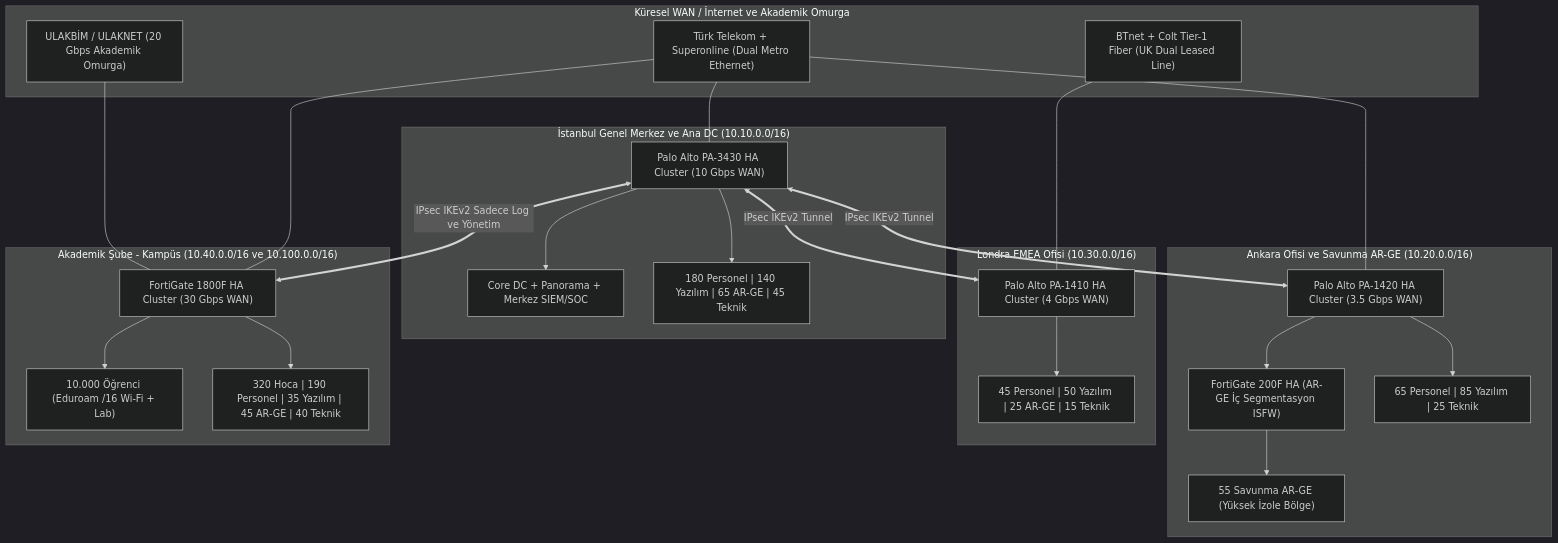
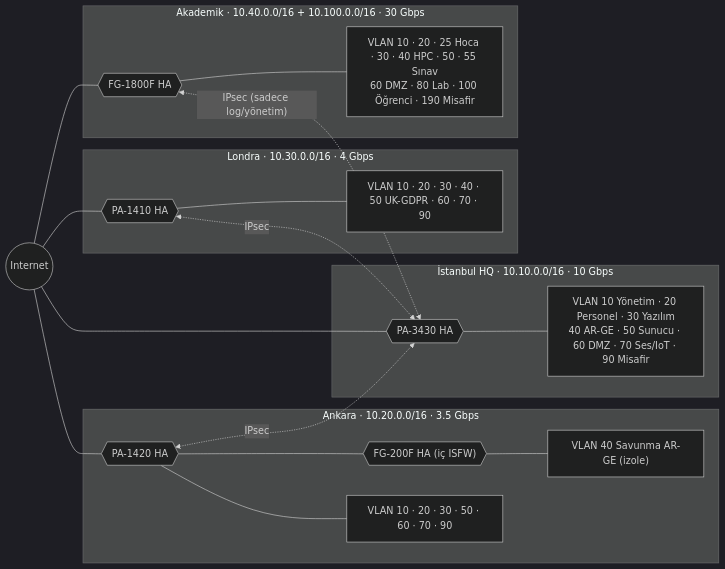
One commit to kkaanozturk/firewall-dev changed the first of 2 diagrams in README.md. Above: the diagram before and after it, drawn with Mermaid (dark theme). The commit also changed other lines of this file and 3 other files, not shown here.

````diff
--- a/README.md
+++ b/README.md
@@ -38,50 +23,31 @@
 ```mermaid
-flowchart TB
-    subgraph WAN["Küresel WAN / İnternet ve Akademik Omurga"]
-        ISP_TR["Türk Telekom + Superonline (Dual Metro Ethernet)"]
-        ISP_UK["BTnet + Colt Tier-1 Fiber (UK Dual Leased Line)"]
-        ULAK["ULAKBİM / ULAKNET (20 Gbps Akademik Omurga)"]
+flowchart LR
+    NET((Internet))
+    subgraph IST["İstanbul HQ · 10.10.0.0/16 · 10 Gbps"]
+        ISTFW{{"PA-3430 HA"}}
+        ISTV["VLAN 10 Yönetim · 20 Personel · 30 Yazılım<br/>40 AR-GE · 50 Sunucu · 60 DMZ · 70 Ses/IoT · 90 Misafir"]
+        ISTFW --- ISTV
     end
-
-    subgraph IST["İstanbul Genel Merkez ve Ana DC (10.10.0.0/16)"]
-        FW_IST["Palo Alto PA-3430 HA Cluster (10 Gbps WAN)"]
-        DC_IST["Core DC + Panorama + Merkez SIEM/SOC"]
-        TEAM_IST["180 Personel | 140 Yazılım | 65 AR-GE | 45 Teknik"]
-        FW_IST --> DC_IST
-        FW_IST --> TEAM_IST
+    subgraph ANK["Ankara · 10.20.0.0/16 · 3.5 Gbps"]
+        ANKFW{{"PA-1420 HA"}}
+        ISFW{{"FG-200F HA (iç ISFW)"}}
+        ANKV["VLAN 10 · 20 · 30 · 50 · 60 · 70 · 90"]
+        RND["VLAN 40 Savunma AR-GE (izole)"]
+        ANKFW --- ANKV
+        ANKFW --- ISFW --- RND
     end
-
-    subgraph ANK["Ankara Ofisi ve Savunma AR-GE (10.20.0.0/16)"]
-        FW_ANK["Palo Alto PA-1420 HA Cluster (3.5 Gbps WAN)"]
-        ISFW_ANK["FortiGate 200F HA (AR-GE İç Segmentasyon ISFW)"]
-        TEAM_ANK["65 Personel | 85 Yazılım | 25 Teknik"]
-        RND_ANK["55 Savunma AR-GE (Yüksek İzole Bölge)"]
-        FW_ANK --> TEAM_ANK
-        FW_ANK --> ISFW_ANK
-        ISFW_ANK --> RND_ANK
+    subgraph LON["Londra · 10.30.0.0/16 · 4 Gbps"]
+        LONFW{{"PA-1410 HA"}}
+        LONV["VLAN 10 · 20 · 30 · 40 · 50 UK-GDPR · 60 · 70 · 90"]
+        LONFW --- LONV
     end
-
-    subgraph LON["Londra EMEA Ofisi (10.30.0.0/16)"]
-        FW_LON["Palo Alto PA-1410 HA Cluster (4 Gbps WAN)"]
-        TEAM_LON["45 Personel | 50 Yazılım | 25 AR-GE | 15 Teknik"]
-        FW_LON --> TEAM_LON
+    subgraph AKA["Akademik · 10.40.0.0/16 + 10.100.0.0/16 · 30 Gbps"]
+        AKAFW{{"FG-1800F HA"}}
+        AKAV["VLAN 10 · 20 · 25 Hoca · 30 · 40 HPC · 50 · 55 Sınav<br/>60 DMZ · 80 Lab · 100 Öğrenci · 190 Misafir"]
+        AKAFW --- AKAV
     end
-
-    subgraph AKA["Akademik Şube - Kampüs (10.40.0.0/16 ve 10.100.0.0/16)"]
-        FW_AKA["FortiGate 1800F HA Cluster (30 Gbps WAN)"]
-        STU_AKA["10.000 Öğrenci (Eduroam /16 Wi-Fi + Lab)"]
-        FAC_AKA["320 Hoca | 190 Personel | 35 Yazılım | 45 AR-GE | 40 Teknik"]
-        FW_AKA --> STU_AKA
-        FW_AKA --> FAC_AKA
-    end
-
-    ISP_TR --- FW_IST
-    ISP_TR --- FW_ANK
-    ISP_UK --- FW_LON
-    ULAK --- FW_AKA
-    ISP_TR --- FW_AKA
-
-    FW_IST <==>|"IPsec IKEv2 Tunnel"| FW_ANK
-    FW_IST <==>|"IPsec IKEv2 Tunnel"| FW_LON
-    FW_IST <==>|"IPsec IKEv2 Sadece Log ve Yönetim"| FW_AKA
+    NET --- ISTFW & ANKFW & LONFW & AKAFW
+    ANKFW <-. "IPsec" .-> ISTFW
+    LONFW <-. "IPsec" .-> ISTFW
+    AKAFW <-. "IPsec (sadece log/yönetim)" .-> ISTFW
 ```
````
